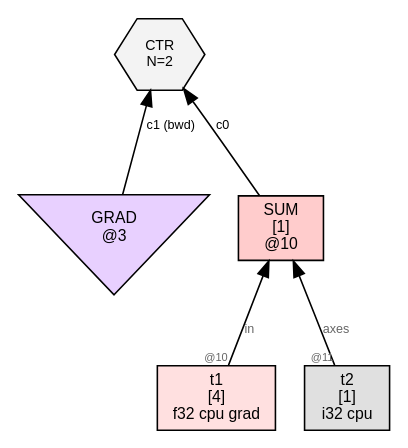
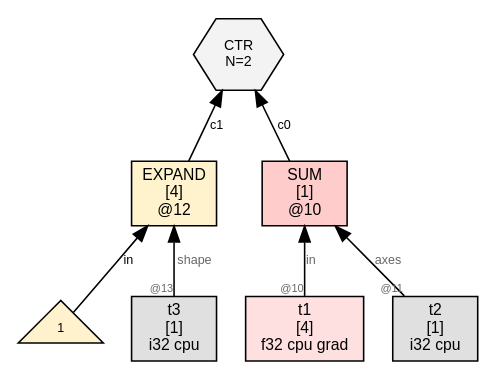
Before and after one commit to sw1sh/TinyHVM: the diagram in wl/examples/thvm_graphs/grad_rules/sum/thvm_2_post_sweep.dot, drawn with Graphviz. The commit also changed 8 other files, not shown here.

First line of the commit message:
grad: shape-aware SUM backward for TAG_GF/TAG_GB

```diff
--- a/wl/examples/thvm_graphs/grad_rules/sum/thvm_2_post_sweep.dot
+++ b/wl/examples/thvm_graphs/grad_rules/sum/thvm_2_post_sweep.dot
@@ -1,15 +1,19 @@
 digraph G {
   rankdir=BT;
   node [fontname="Helvetica", fontsize=10, style=filled, shape=box, margin="0.1,0.05"];
   edge [fontsize=8, fontname="Helvetica"];
 
   n10 [label="SUM\n[1]\n@10", shape=box, fillcolor="#ffcccc"];
   t1 [label="t1\n[4]\nf32 cpu grad",shape=box,fillcolor="#ffe0e0"];
   t1 -> n10 [label="in",taillabel="@10",labelfontsize=7,fontcolor="#666666"];
   t2 [label="t2\n[1]\ni32 cpu",shape=box,fillcolor="#e0e0e0"];
   t2 -> n10 [label="axes",taillabel="@11",labelfontsize=7,fontcolor="#666666"];
+  n12 [label="EXPAND\n[4]\n@12", shape=box, fillcolor="#fff3cd"];
+  num12_0 [label="1",shape=triangle,fillcolor="#fff2cc",fontsize=8];
+  num12_0 -> n12 [label="in"];
+  t3 [label="t3\n[1]\ni32 cpu",shape=box,fillcolor="#e0e0e0"];
+  t3 -> n12 [label="shape",taillabel="@13",labelfontsize=7,fontcolor="#666666"];
   ctr6 [label="CTR\nN=2", shape=hexagon, fillcolor="#f3f3f3", fontsize=9];
   n10 -> ctr6 [label="c0"];
-  grad3 [label="GRAD\n@3", shape=invtriangle, fillcolor="#e8d0ff"];
-  grad3 -> ctr6 [label="c1 (bwd)"];
+  n12 -> ctr6 [label="c1"];
 }
```
